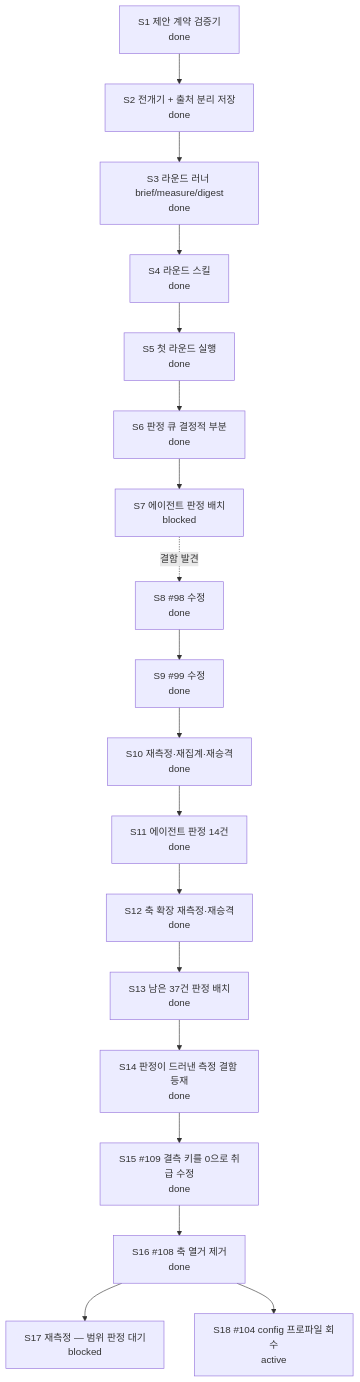
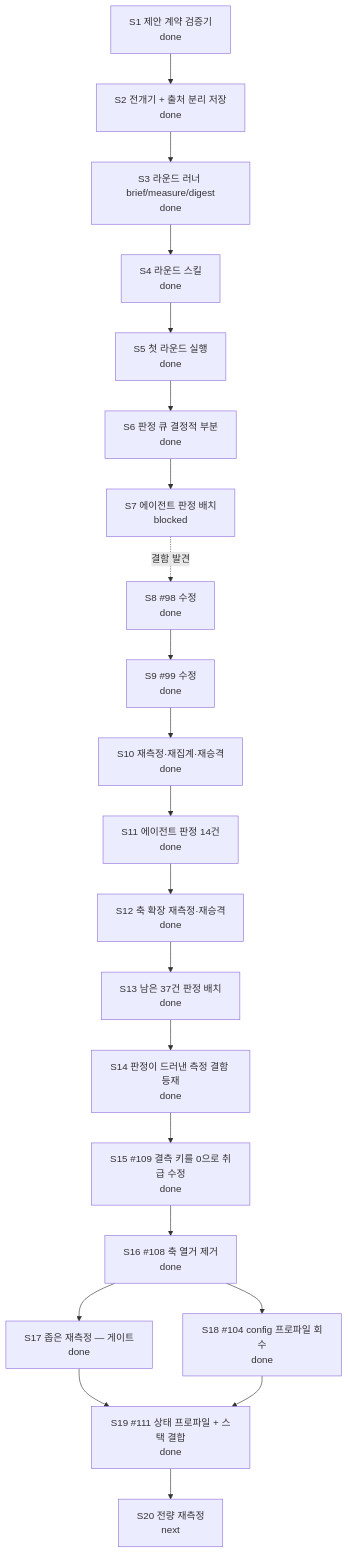
The diagram in docs/CURRENT-PLAN.md (skerfolg/poe2-ai-wiki), drawn with Mermaid before and after one commit. The commit also changed other lines of this file and 5 other files, not shown here.

````diff
--- a/docs/CURRENT-PLAN.md
+++ b/docs/CURRENT-PLAN.md
@@ -23,25 +23,27 @@
 ```mermaid
 flowchart TD
   CONTRACT[S1 제안 계약 검증기<br/>done]
   FLOW[S2 전개기 + 출처 분리 저장<br/>done]
   ROUND[S3 라운드 러너 brief/measure/digest<br/>done]
   SKILL[S4 라운드 스킬<br/>done]
   FIRST[S5 첫 라운드 실행<br/>done]
   NECESS[S6 판정 큐 결정적 부분<br/>done]
   JUDGE[S7 에이전트 판정 배치<br/>blocked]
   FIX[S8 #98 수정<br/>done]
   REMEAS[S9 #99 수정<br/>done]
   REAGG[S10 재측정·재집계·재승격<br/>done]
   RESUME[S11 에이전트 판정 14건<br/>done]
   AXES[S12 축 확장 재측정·재승격<br/>done]
   NEXT2[S13 남은 37건 판정 배치<br/>done]
   DEF[S14 판정이 드러낸 측정 결함 등재<br/>done]
   FIXDELTA[S15 #109 결측 키를 0으로 취급 수정<br/>done]
   WIDEN[S16 #108 축 열거 제거<br/>done]
-  REMEAS2[S17 재측정 — 범위 판정 대기<br/>blocked]
-  CFG[S18 #104 config 프로파일 회수<br/>active]
+  NARROW[S17 좁은 재측정 — 게이트<br/>done]
+  CFG[S18 #104 config 프로파일 회수<br/>done]
+  CPL[S19 #111 상태 프로파일 + 스택 결합<br/>done]
+  FULL[S20 전량 재측정<br/>next]
   CONTRACT --> FLOW --> ROUND --> SKILL --> FIRST --> NECESS --> JUDGE
   JUDGE -. 결함 발견 .-> FIX --> REMEAS --> REAGG --> RESUME --> AXES --> NEXT2
-  NEXT2 --> DEF --> FIXDELTA --> WIDEN --> REMEAS2
-  WIDEN --> CFG
+  NEXT2 --> DEF --> FIXDELTA --> WIDEN --> NARROW --> CPL --> FULL
+  WIDEN --> CFG --> CPL
 ```
````
